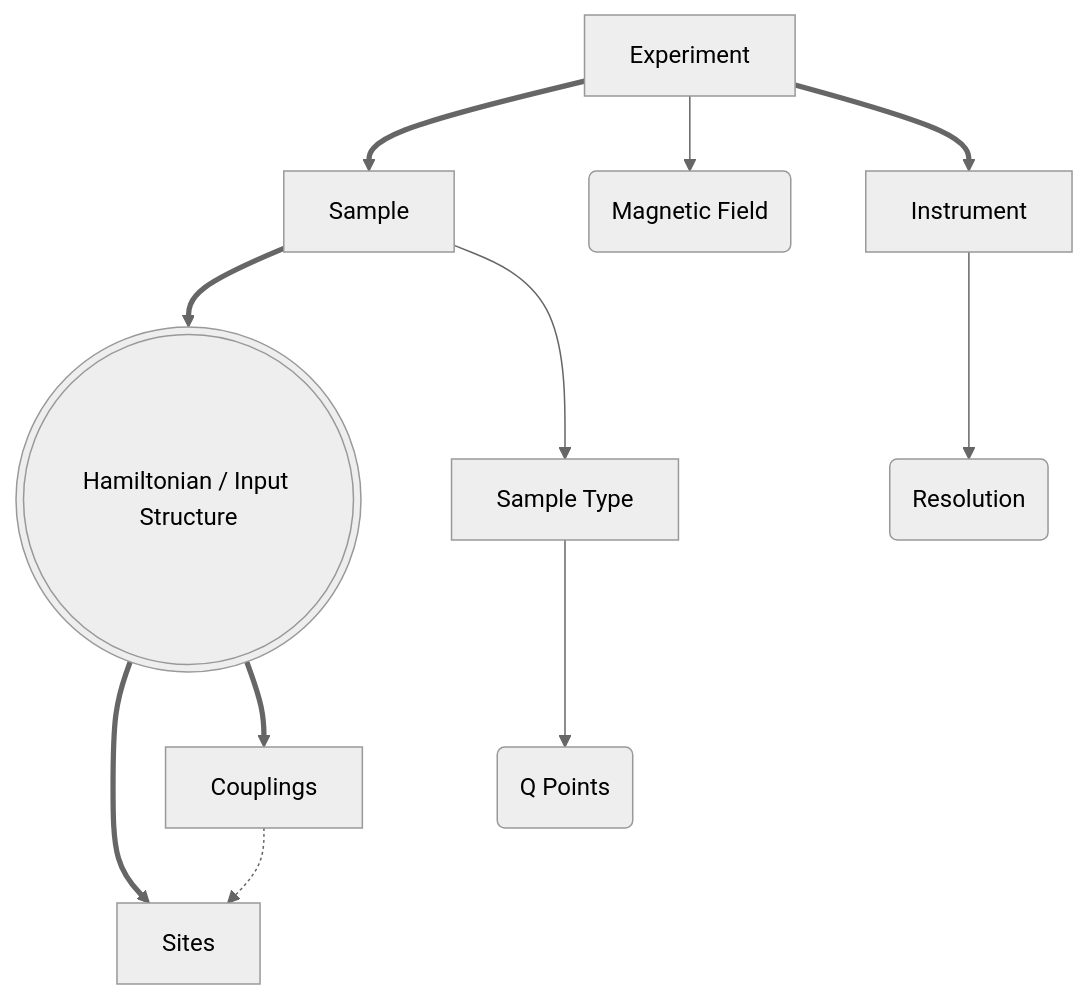
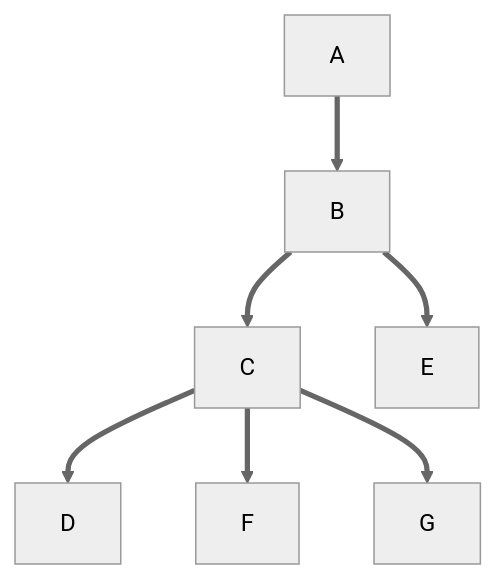
Before and after one commit to SpinW/pySpinW: the first of 4 diagrams in docs/developers/design/004_serialisation_methods.md, drawn with Mermaid (neutral theme). The commit also changed other lines of this file, not shown here.

````diff
--- a/docs/developers/design/004_serialisation_methods.md
+++ b/docs/developers/design/004_serialisation_methods.md
@@ -7,9 +6,8 @@
 ```mermaid
    graph TD;
-       A[Experiment]==>B[Sample]==>C(((Hamiltonian / Input Structure)))==>D[Sites];
-       C==>E[Couplings]-.->D;
-       A-->F(Magnetic Field);
-       A==>G[Instrument]-->H(Resolution);
-       B-->Ba[Sample Type]-->Bb(Q Points);
-       
+      A==>B==>C==>D;
+      B==>E;
+      C==>F;
+      C==>G;
+
 ```
````
